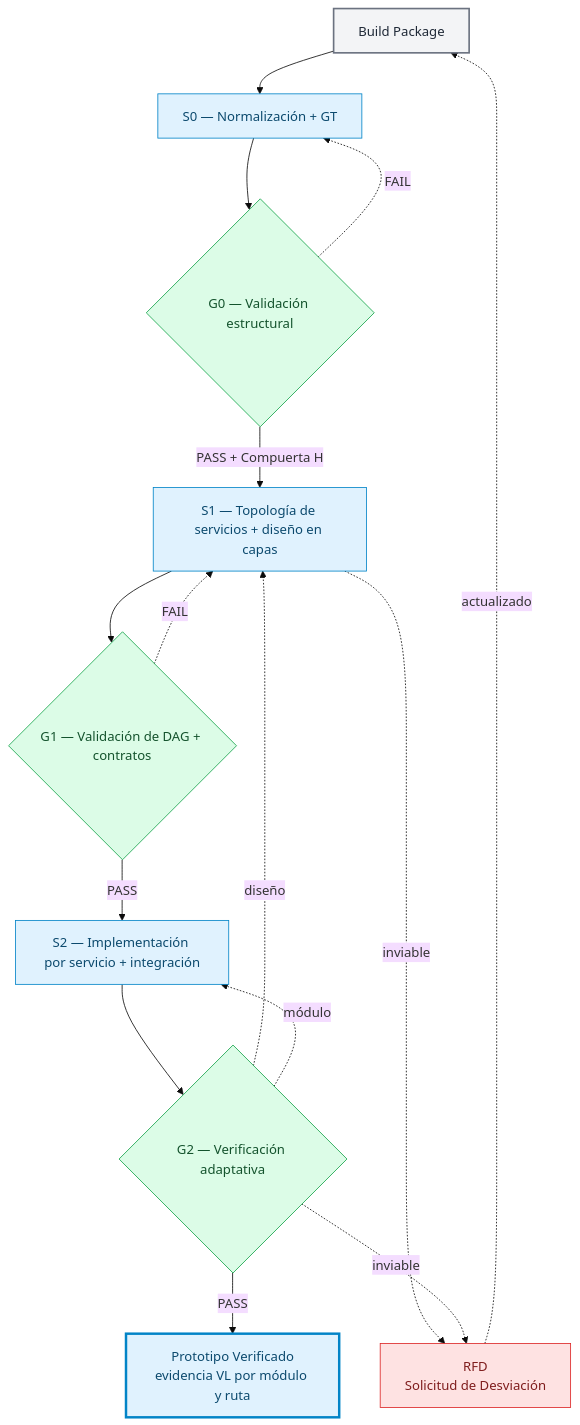
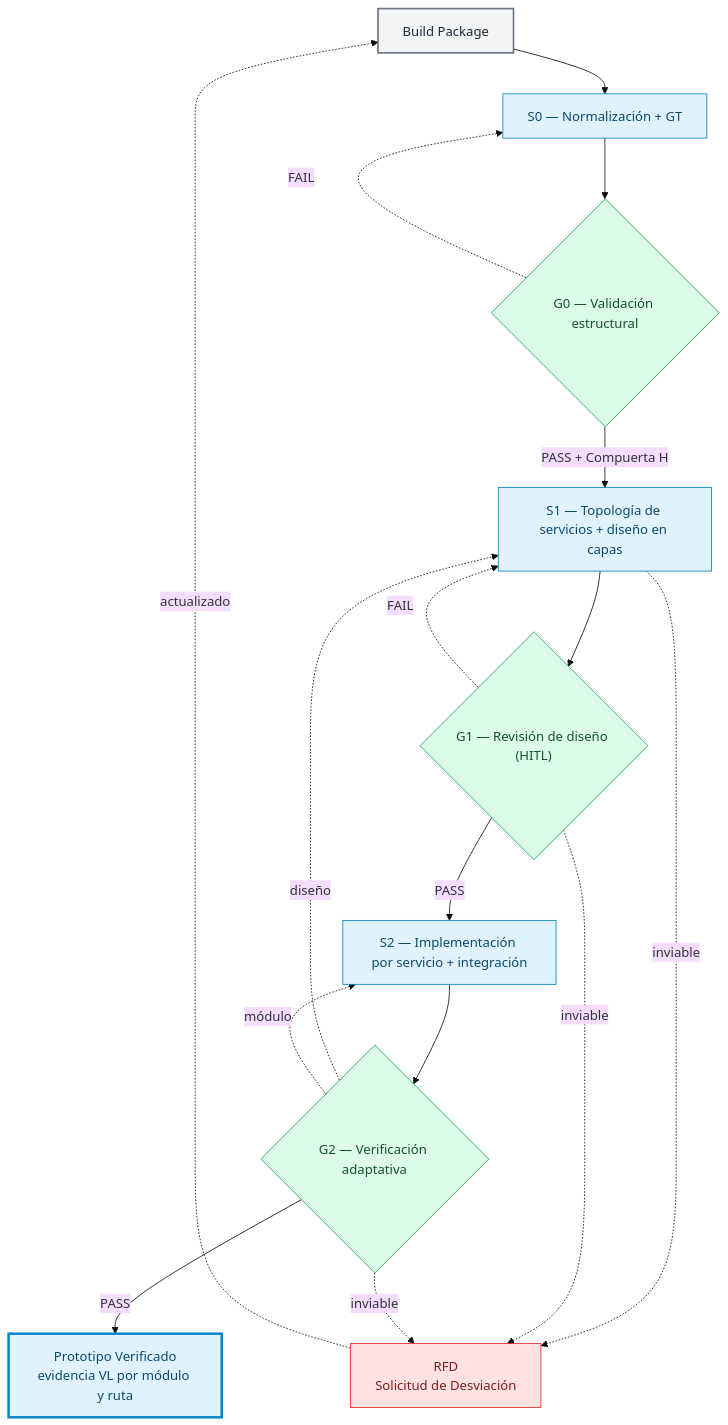
One commit to dramirezbe/codeanvil-gcpds changed the second of 11 diagrams in methodology/V-SIL-v3/V-SIL_v3-spa.md. Above: the diagram before and after it, drawn with Mermaid (base theme). The commit also changed other lines of this file and 4 other files, not shown here.

````diff
--- a/methodology/V-SIL-v3/V-SIL_v3-spa.md
+++ b/methodology/V-SIL-v3/V-SIL_v3-spa.md
@@ -51,35 +51,36 @@
 ```mermaid
 flowchart TD
     classDef stage fill:#e0f2fe,stroke:#0284c7,color:#0c4a6e
     classDef gate fill:#dcfce7,stroke:#16a34a,color:#14532d
     classDef terminal fill:#e0f2fe,stroke:#0284c7,color:#0c4a6e,stroke-width:3px
     classDef input fill:#f3f4f6,stroke:#6b7280,color:#1f2937,stroke-width:2px
     classDef rfd fill:#fee2e2,stroke:#dc2626,color:#7f1d1d
 
     BP["Build Package"]:::input
     S0["S0 — Normalización + GT"]:::stage
     G0{"G0 — Validación estructural"}:::gate
     S1["S1 — Topología de servicios + diseño en capas"]:::stage
-    G1{"G1 — Validación de DAG + contratos"}:::gate
+    G1{"G1 — Revisión de diseño (HITL)"}:::gate
     S2["S2 — Implementación por servicio + integración"]:::stage
     G2{"G2 — Verificación adaptativa"}:::gate
     T["Prototipo Verificado<br/>evidencia VL por módulo y ruta"]:::terminal
     RFD["RFD<br/>Solicitud de Desviación"]:::rfd
 
     BP --> S0
     S0 --> G0
     G0 -->|PASS + Compuerta H| S1
     S1 --> G1
     G1 -->|PASS| S2
     S2 --> G2
     G2 -->|PASS| T
 
     G0 -.->|FAIL| S0
     G1 -.->|FAIL| S1
     G2 -.->|diseño| S1
     G2 -.->|módulo| S2
 
     S1 -.->|inviable| RFD
+    G1 -.->|inviable| RFD
     G2 -.->|inviable| RFD
     RFD -.->|actualizado| BP
 ```
````
